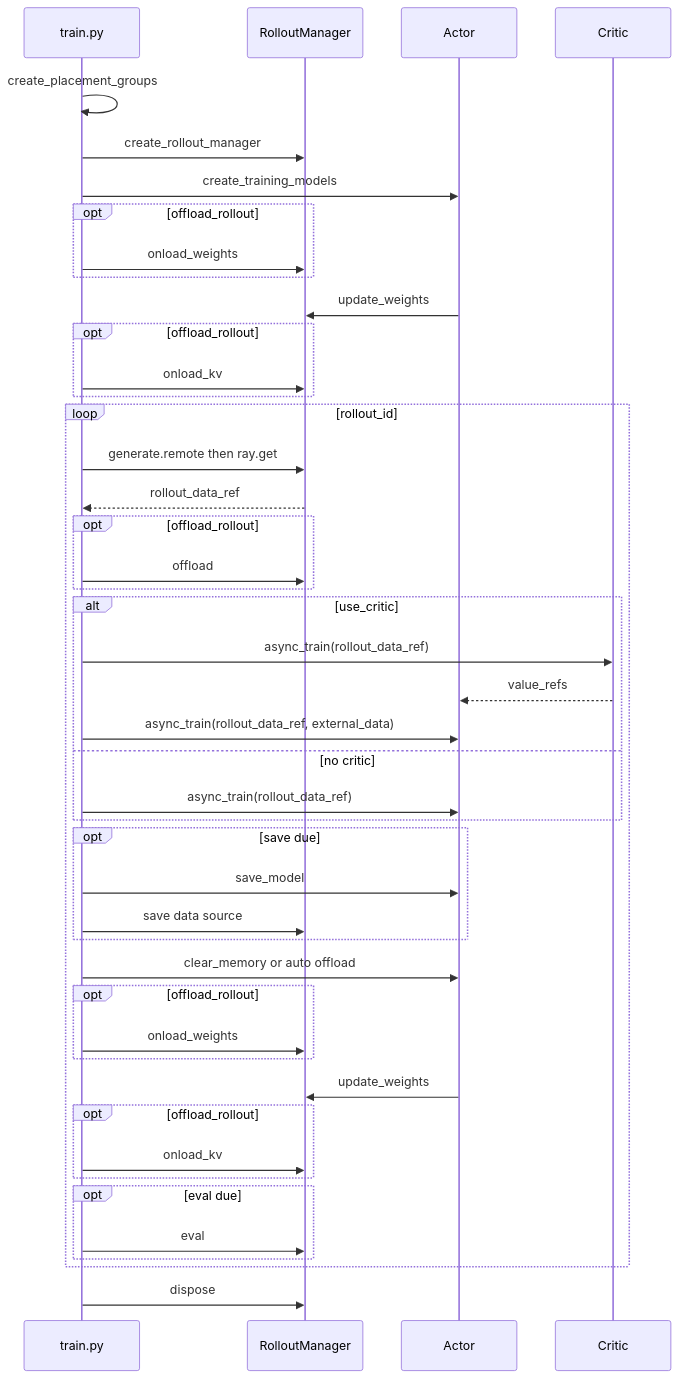
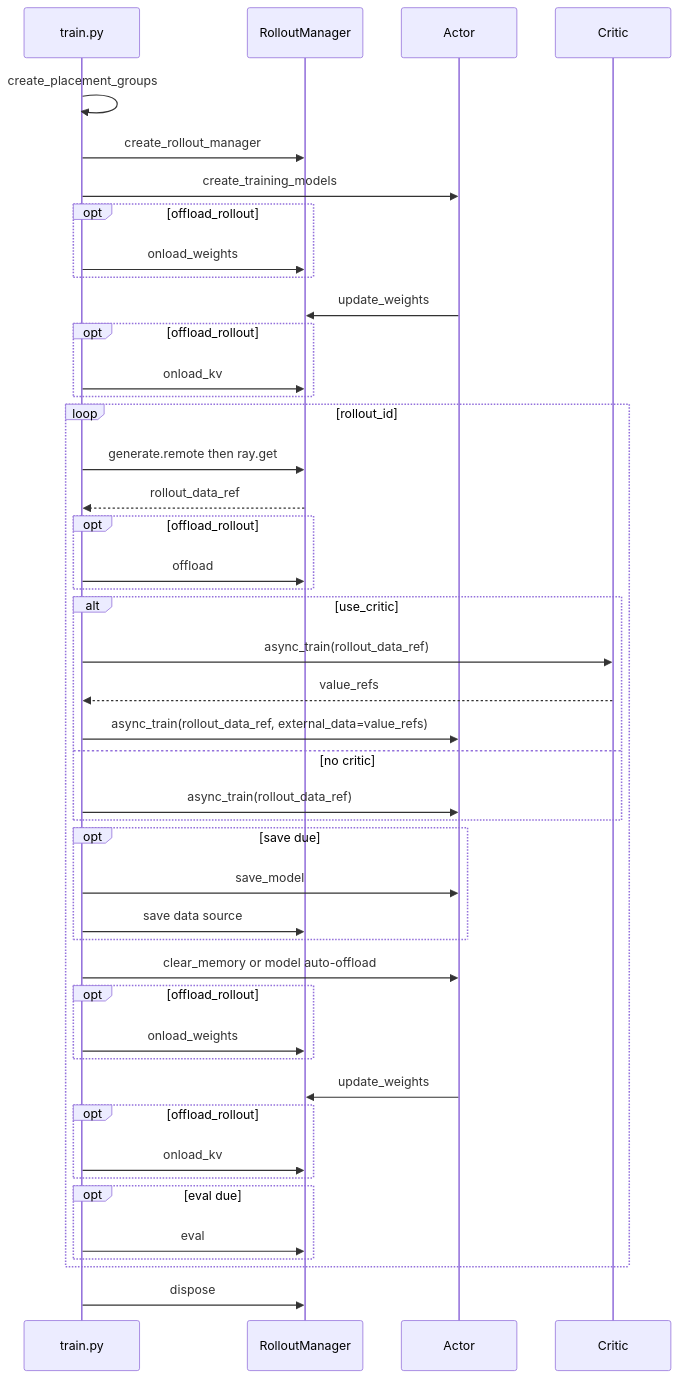
The second of 4 diagrams in slime_reading/启动与入口/训练主循环/Slime-训练主循环-数据流.md (OnlyHero5/sglang-reading-vault), drawn with Mermaid before and after one commit. The commit also changed other lines of this file and 512 other files, not shown here.

````diff
--- a/slime_reading/启动与入口/训练主循环/Slime-训练主循环-数据流.md
+++ b/slime_reading/启动与入口/训练主循环/Slime-训练主循环-数据流.md
@@ -47,48 +47,48 @@
 ```mermaid
 sequenceDiagram
     participant Main as train.py
     participant RM as RolloutManager
     participant ACT as Actor
     participant CR as Critic
 
     Main->>Main: create_placement_groups
     Main->>RM: create_rollout_manager
     Main->>ACT: create_training_models
     opt offload_rollout
         Main->>RM: onload_weights
     end
     ACT->>RM: update_weights
     opt offload_rollout
         Main->>RM: onload_kv
     end
     loop rollout_id
         Main->>RM: generate.remote then ray.get
         RM-->>Main: rollout_data_ref
         opt offload_rollout
             Main->>RM: offload
         end
         alt use_critic
             Main->>CR: async_train(rollout_data_ref)
-            CR-->>ACT: value_refs
-            Main->>ACT: async_train(rollout_data_ref, external_data)
+            CR-->>Main: value_refs
+            Main->>ACT: async_train(rollout_data_ref, external_data=value_refs)
         else no critic
             Main->>ACT: async_train(rollout_data_ref)
         end
         opt save due
             Main->>ACT: save_model
             Main->>RM: save data source
         end
-        Main->>ACT: clear_memory or auto offload
+        Main->>ACT: clear_memory or model auto-offload
         opt offload_rollout
             Main->>RM: onload_weights
         end
         ACT->>RM: update_weights
         opt offload_rollout
             Main->>RM: onload_kv
         end
         opt eval due
             Main->>RM: eval
         end
     end
     Main->>RM: dispose
 ```
````
